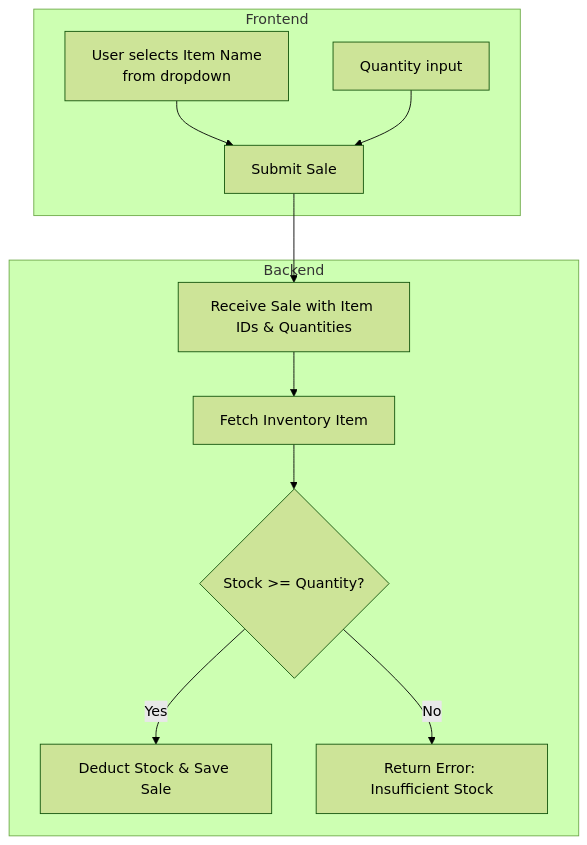
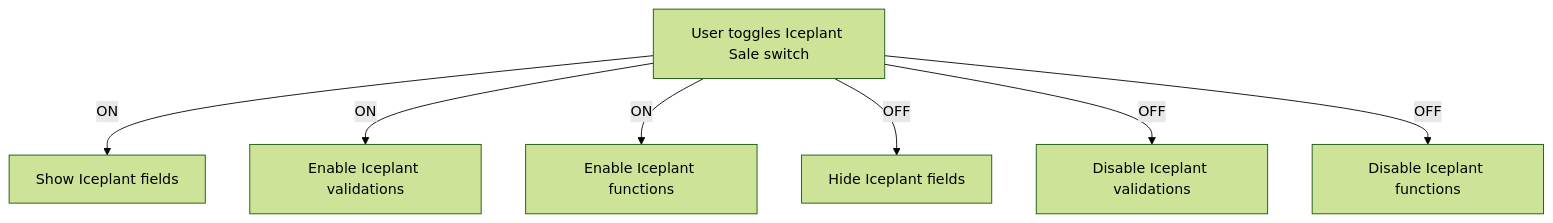
The diagram in SALES_PAGE_DYNAMIC_ITEM_PLAN.md (luka-radisic/iceplant-management-portal), drawn with Mermaid (forest theme) before and after one commit. The commit also changed other lines of this file and 3 other files, not shown here.

Commit message:
Implement separation of Iceplant and regular sales with conditional validations and UI adjustments

````diff
--- a/SALES_PAGE_DYNAMIC_ITEM_PLAN.md
+++ b/SALES_PAGE_DYNAMIC_ITEM_PLAN.md
@@ -73,24 +88,10 @@
 ```mermaid
 flowchart TD
-    subgraph Frontend
-        A[User selects Item Name<br>from dropdown]
-        B[Quantity input]
-        C[Submit Sale]
-    end
-
-    subgraph Backend
-        D[Receive Sale with Item IDs & Quantities]
-        E[Fetch Inventory Item]
-        F{Stock >= Quantity?}
-        G[Deduct Stock & Save Sale]
-        H[Return Error: Insufficient Stock]
-    end
-
-    A --> C
-    B --> C
-    C --> D
-    D --> E
-    E --> F
-    F -- Yes --> G
-    F -- No --> H
+    A[User toggles Iceplant Sale switch]
+    A -->|ON| B[Show Iceplant fields]
+    A -->|ON| C[Enable Iceplant validations]
+    A -->|ON| D[Enable Iceplant functions]
+    A -->|OFF| E[Hide Iceplant fields]
+    A -->|OFF| F[Disable Iceplant validations]
+    A -->|OFF| G[Disable Iceplant functions]
 ```
````
